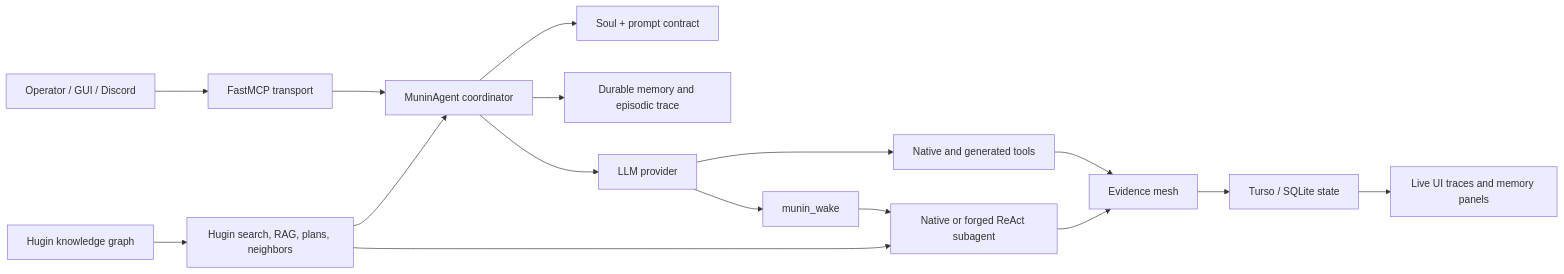
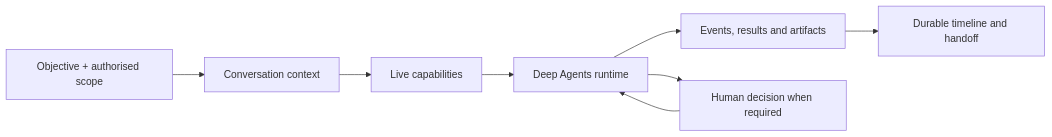
The diagram in docs/munin-system-guide.md (PrinceOfPwn/Munin), drawn with Mermaid before and after one commit. The commit also changed other lines of this file and 21 other files, not shown here.

Commit message:
feat: add native Deep Agents skill runtime

````diff
--- a/docs/munin-system-guide.md
+++ b/docs/munin-system-guide.md
@@ -12,18 +10,10 @@
 ```mermaid
 flowchart LR
-    O[Operator / GUI / Discord] --> MCP[FastMCP transport]
-    MCP --> C[MuninAgent coordinator]
-    C --> S[Soul + prompt contract]
-    C --> R[Durable memory and episodic trace]
-    C --> L[LLM provider]
-    L --> T[Native and generated tools]
-    L --> W[munin_wake]
-    W --> A[Native or forged ReAct subagent]
-    T --> E[Evidence mesh]
-    A --> E
-    E --> D[Turso / SQLite state]
-    H[Hugin knowledge graph] --> HT[Hugin search, RAG, plans, neighbors]
-    HT --> C
-    HT --> A
-    D --> GUI[Live UI traces and memory panels]
+    Request[Objective + authorised scope] --> Context[Conversation context]
+    Context --> Registry[Live capabilities]
+    Registry --> Runtime[Deep Agents runtime]
+    Runtime --> Evidence[Events, results and artifacts]
+    Runtime --> HITL[Human decision when required]
+    HITL --> Runtime
+    Evidence --> Replay[Durable timeline and handoff]
 ```
````
